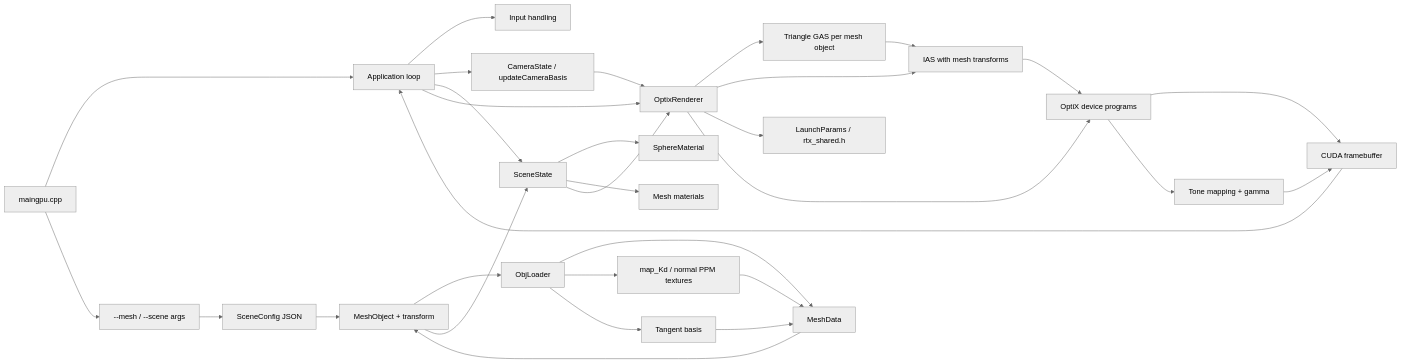
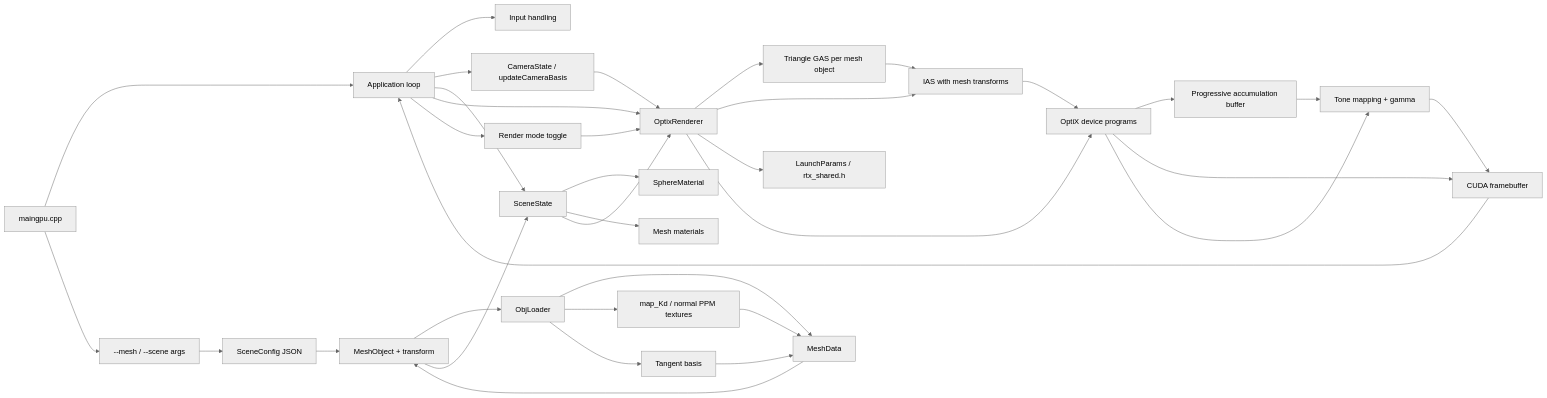
The first of 4 diagrams in RayTracerRTX/docs/architecture.md (Tundraws/RayTracer), drawn with Mermaid (neutral theme) before and after one commit. The commit also changed other lines of this file and 12 other files, not shown here.

Commit message:
feat: add progressive path tracing mode

````diff
--- a/RayTracerRTX/docs/architecture.md
+++ b/RayTracerRTX/docs/architecture.md
@@ -9,33 +9,37 @@
 ```mermaid
 flowchart LR
     Main["maingpu.cpp"] --> App["Application loop"]
     Main --> Args["--mesh / --scene args"]
     Args --> SceneConfig["SceneConfig JSON"]
     App --> Input["Input handling"]
     App --> Camera["CameraState / updateCameraBasis"]
     SceneConfig --> MeshObject["MeshObject + transform"]
     MeshObject --> ObjLoader
     ObjLoader["ObjLoader"] --> MeshData["MeshData"]
     ObjLoader --> Textures["map_Kd / normal PPM textures"]
     ObjLoader --> Tangents["Tangent basis"]
     Textures --> MeshData
     Tangents --> MeshData
     MeshData --> MeshObject
     MeshObject --> Scene
     App --> Scene["SceneState"]
     Scene --> Materials["SphereMaterial"]
     Scene --> MeshMaterials["Mesh materials"]
     App --> Renderer["OptixRenderer"]
+    App --> Mode["Render mode toggle"]
     Camera --> Renderer
     Scene --> Renderer
+    Mode --> Renderer
     Renderer --> TriangleGAS["Triangle GAS per mesh object"]
     Renderer --> IAS["IAS with mesh transforms"]
     Renderer --> Shared["LaunchParams / rtx_shared.h"]
     Renderer --> Device["OptiX device programs"]
     TriangleGAS --> IAS
     IAS --> Device
+    Device --> Accum["Progressive accumulation buffer"]
     Device --> Framebuffer["CUDA framebuffer"]
     Device --> Post["Tone mapping + gamma"]
+    Accum --> Post
     Post --> Framebuffer
     Framebuffer --> App
 ```
````
